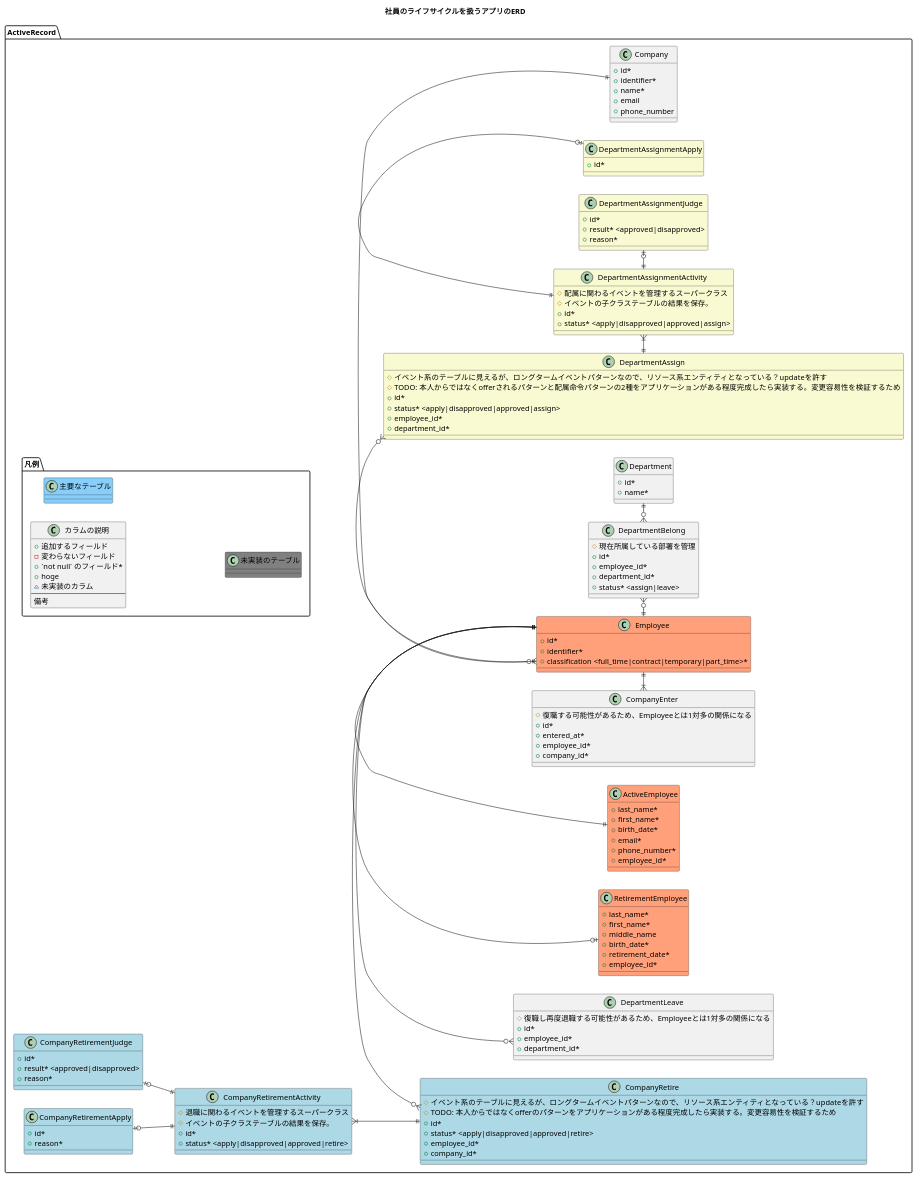
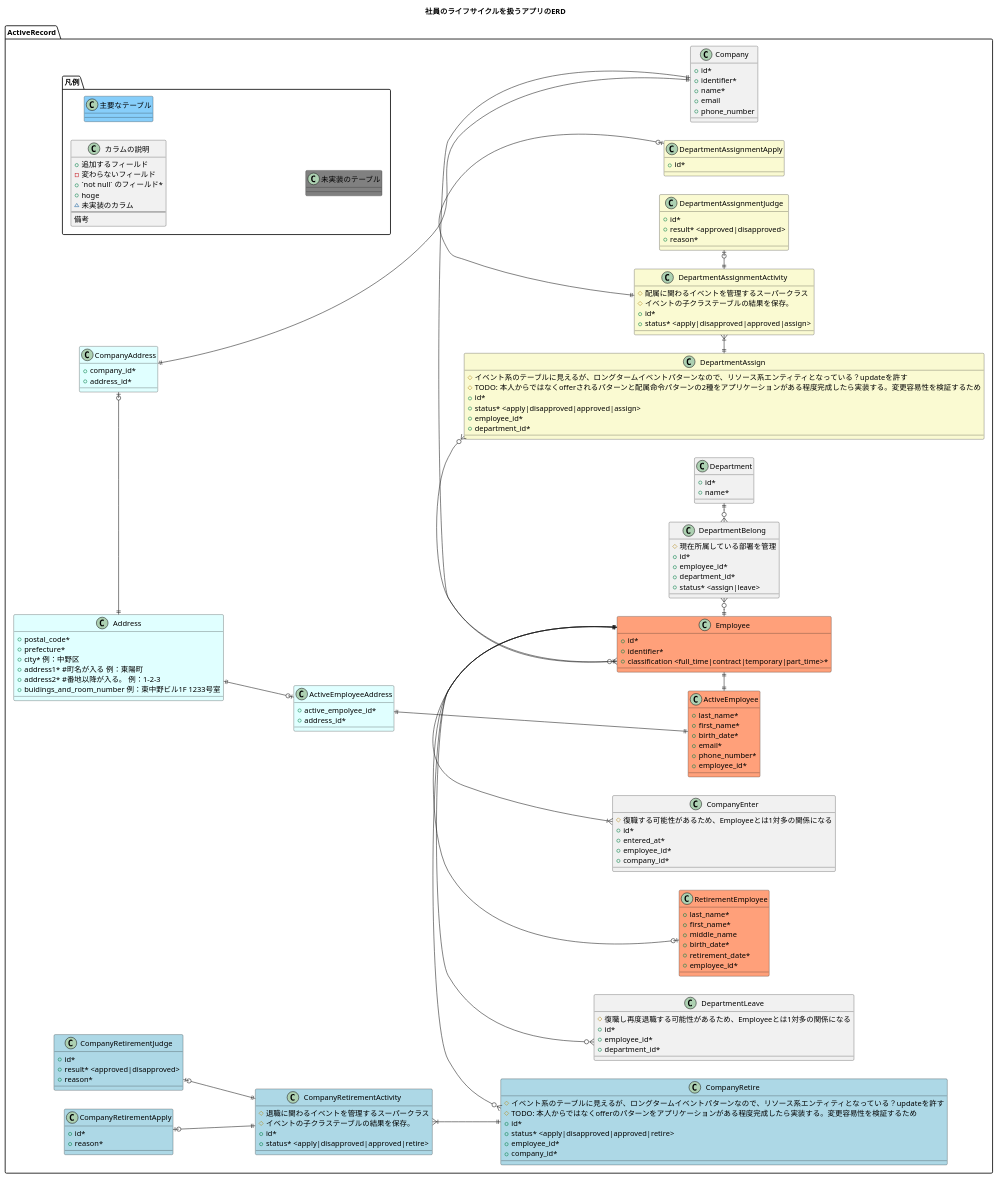
One commit to nakamori-naoya/human_resource_management_app_rails changed the diagram in SystemDesign/ er.puml. Above: the diagram before and after it, drawn with PlantUML.

Commit message:
chore: address テーブルの追加

```diff
--- a/SystemDesign/ er.puml
+++ b/SystemDesign/ er.puml
@@ -1,156 +1,179 @@
 @startuml
 title
 社員のライフサイクルを扱うアプリのERD
 end title
 left to right direction
 
 namespace ActiveRecord {
   namespace 凡例 {
     class カラムの説明 {
       + 追加するフィールド
       - 変わらないフィールド
       + `not null` のフィールド*
       + hoge 
       ~ 未実装のカラム
       --
       備考
     }
 
     class 主要なテーブル #LightSkyBlue {
     }
 
     class 未実装のテーブル #Grey {
     }
   }
 
   class Employee #LightSalmon {
     + id*
     + identifier*
     + classification <full_time|contract|temporary|part_time>*
   }
 
   class ActiveEmployee #LightSalmon {
     + last_name*
     + first_name*
     + birth_date*
     + email*
     + phone_number*
     + employee_id*
   }
 
+  class ActiveEmployeeAddress #LightCyan {
+    + active_empolyee_id*
+    + address_id*
+  }
+
   class RetirementEmployee #LightSalmon {
     + last_name*
     + first_name*
     + middle_name
     + birth_date*
     + retirement_date*
     + employee_id*
   }
 
   class Company {
     + id*
     + identifier*
     + name*
     + email 
     + phone_number
+  }
+
+  class CompanyAddress #LightCyan {
+    + company_id*
+    + address_id*
+  }
+
+  class Address #LightCyan {
+    + postal_code*
+    + prefecture*
+    + city* 例：中野区
+    + address1* #町名が入る 例：東陽町
+    + address2* #番地以降が入る。 例：1-2-3
+    + buidings_and_room_number 例：東中野ビル1F 1233号室
   }
 
   class CompanyEnter {
     # 復職する可能性があるため、Employeeとは1対多の関係になる
     + id*
     + entered_at*
     + employee_id*
     + company_id*
   }
 
   class CompanyRetire #LightBlue{
     # イベント系のテーブルに見えるが、ロングタームイベントパターンなので、リソース系エンティティとなっている？updateを許す
     # TODO: 本人からではなくofferのパターンをアプリケーションがある程度完成したら実装する。変更容易性を検証するため
     + id*
     + status* <apply|disapproved|approved|retire>
     + employee_id*
     + company_id*
   }
 
   class CompanyRetirementActivity #LightBlue{
     # 退職に関わるイベントを管理するスーパークラス
     # イベントの子クラステーブルの結果を保存。
     + id*
     + status* <apply|disapproved|approved|retire>
   }
 
   class CompanyRetirementApply #LightBlue{
     + id*
     + reason* 
   }
 
   class CompanyRetirementJudge #LightBlue {
     + id*
     + result* <approved|disapproved>
     + reason* 
   }
 
   class Department {
     + id*
     + name*
   }
 
   class DepartmentAssign  #LightGoldenRodYellow{
     # イベント系のテーブルに見えるが、ロングタームイベントパターンなので、リソース系エンティティとなっている？updateを許す
     # TODO: 本人からではなくofferされるパターンと配属命令パターンの2種をアプリケーションがある程度完成したら実装する。変更容易性を検証するため
     + id*
     + status* <apply|disapproved|approved|assign>
     + employee_id*
     + department_id*
   }
 
   class DepartmentAssignmentActivity #LightGoldenRodYellow{
     # 配属に関わるイベントを管理するスーパークラス
     # イベントの子クラステーブルの結果を保存。
     + id*
     + status* <apply|disapproved|approved|assign>
   }
 
   class DepartmentAssignmentApply #LightGoldenRodYellow{
     + id*
   }
 
   class DepartmentAssignmentJudge #LightGoldenRodYellow{
     + id*
     + result* <approved|disapproved>
     + reason* 
   }
 
   class DepartmentLeave {
     # 復職し再度退職する可能性があるため、Employeeとは1対多の関係になる
     + id*
     + employee_id*
     + department_id*
   }
 
   class DepartmentBelong {
     # 現在所属している部署を管理
     + id*
     + employee_id*
     + department_id*
     + status* <assign|leave>
   }
 
 
   Company ||-l-o{ Employee
+  Company ||-l-|| CompanyAddress
+  CompanyAddress |o-l-|| Address
   Employee ||-l-|{ CompanyEnter
   Employee ||-l-|| ActiveEmployee
   Employee ||-l-o| RetirementEmployee
   Employee ||-l-o{ CompanyRetire
   CompanyRetire ||-u-|{ CompanyRetirementActivity
   CompanyRetirementActivity ||-u-o| CompanyRetirementApply
   CompanyRetirementActivity ||-u-o| CompanyRetirementJudge
   Employee ||-r-o{ DepartmentAssign
   DepartmentAssign ||-r-|{ DepartmentAssignmentActivity
   DepartmentAssignmentActivity ||-r-o| DepartmentAssignmentApply
   DepartmentAssignmentActivity ||-r-o| DepartmentAssignmentJudge
   Employee ||-l-o{ DepartmentLeave
+  ActiveEmployee ||-u-|| ActiveEmployeeAddress
+  ActiveEmployeeAddress  |o-u-|| Address
   Department ||-l-o{ DepartmentBelong
   DepartmentBelong }o-l-|| Employee
 }
 @enduml
```
